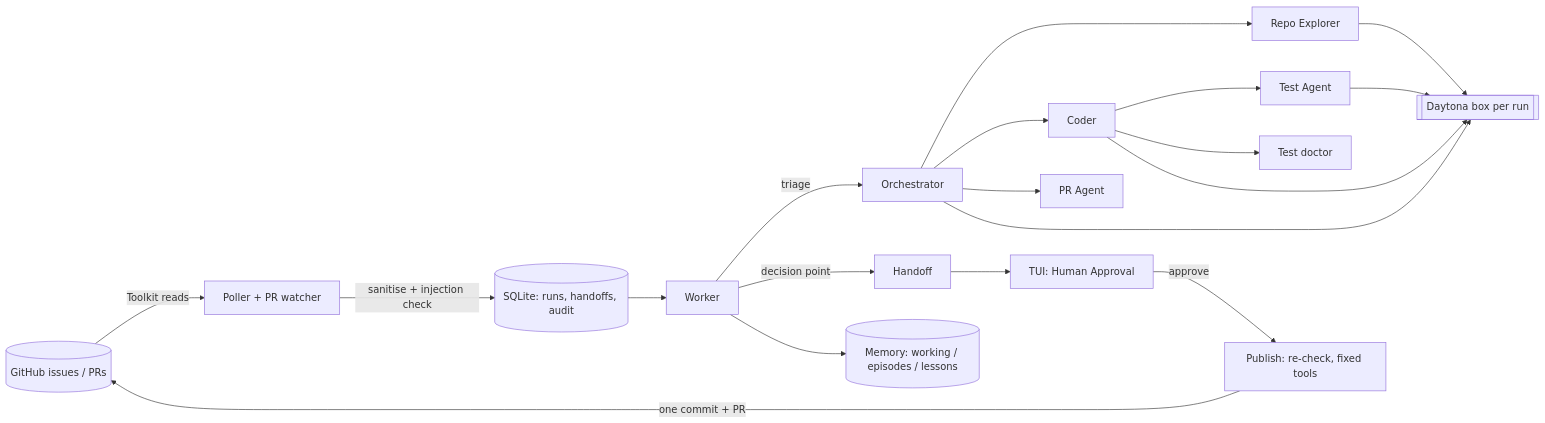
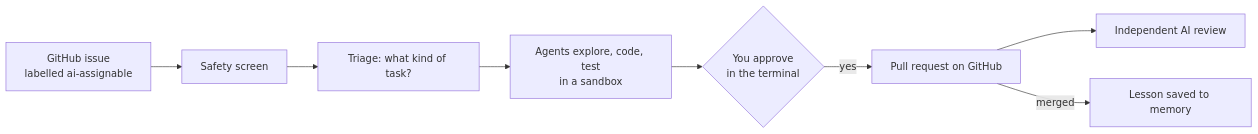
Before and after one commit to LijiAlex/codepilot-agent: the diagram in README.md, drawn with Mermaid. The commit also changed other lines of this file and 2 other files, not shown here.

````diff
--- a/README.md
+++ b/README.md
@@ -25,14 +13,10 @@
 ```mermaid
 flowchart LR
-  GH[(GitHub issues / PRs)] -- Toolkit reads --> P[Poller + PR watcher]
-  P -- sanitise + injection check --> DB[(SQLite: runs, handoffs, audit)]
-  DB --> W[Worker]
-  W -- triage --> O[Orchestrator]
-  O --> E[Repo Explorer] & C[Coder] & PA[PR Agent]
-  C --> T[Test Agent] & TD[Test doctor]
-  O & E & C & T --> BOX[[Daytona box per run]]
-  W -- decision point --> H[Handoff]
-  H --> TUI[TUI: Human Approval]
-  TUI -- approve --> PUB[Publish: re-check, fixed tools] -- one commit + PR --> GH
-  W --> MEM[(Memory: working / episodes / lessons)]
+  I[GitHub issue<br/>labelled ai-assignable] --> S[Safety screen]
+  S --> T[Triage: what kind of task?]
+  T --> A[Agents explore, code, test<br/>in a sandbox]
+  A --> H{You approve<br/>in the terminal}
+  H -- yes --> PR[Pull request on GitHub]
+  PR --> R[Independent AI review]
+  PR -- merged --> M[Lesson saved to memory]
 ```
````
